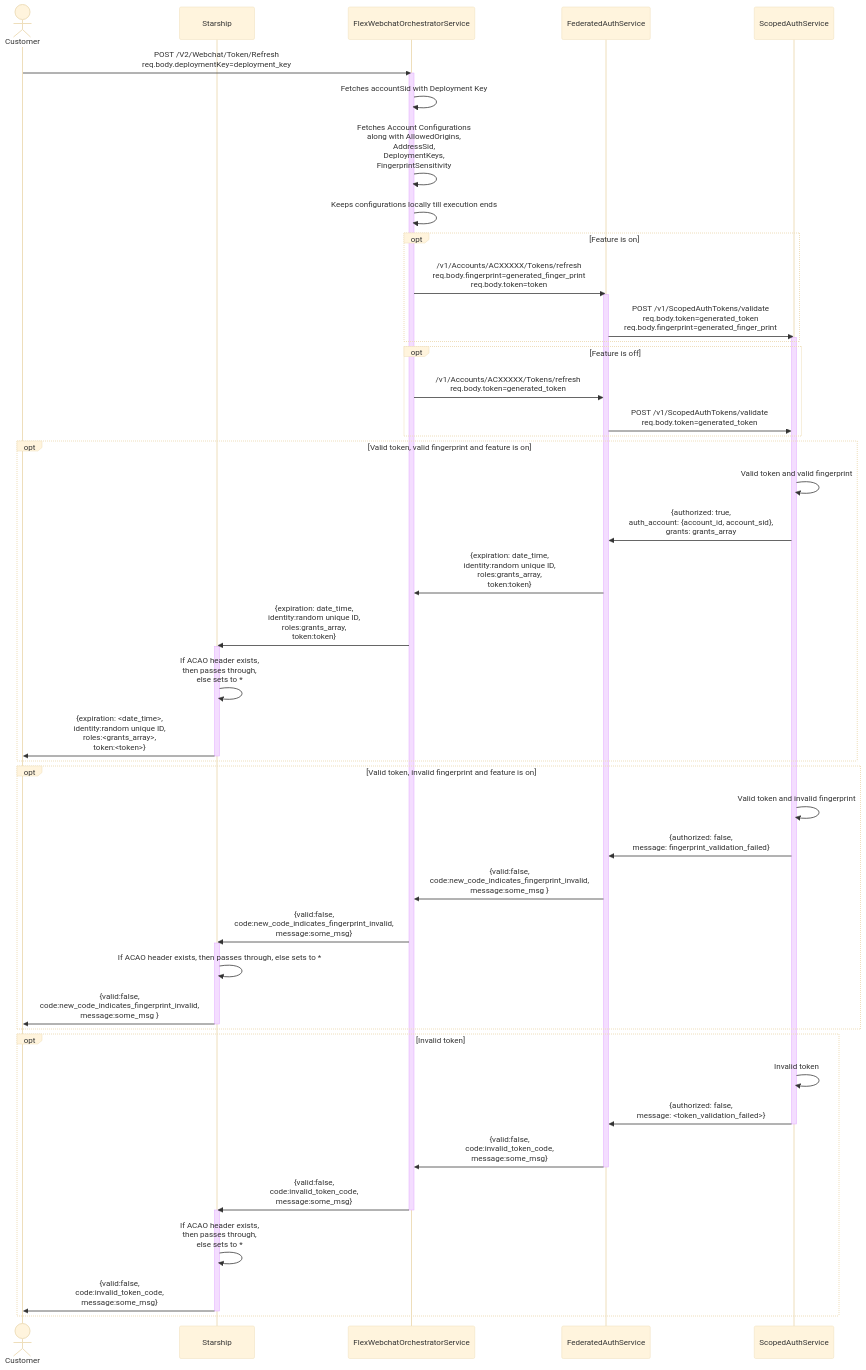
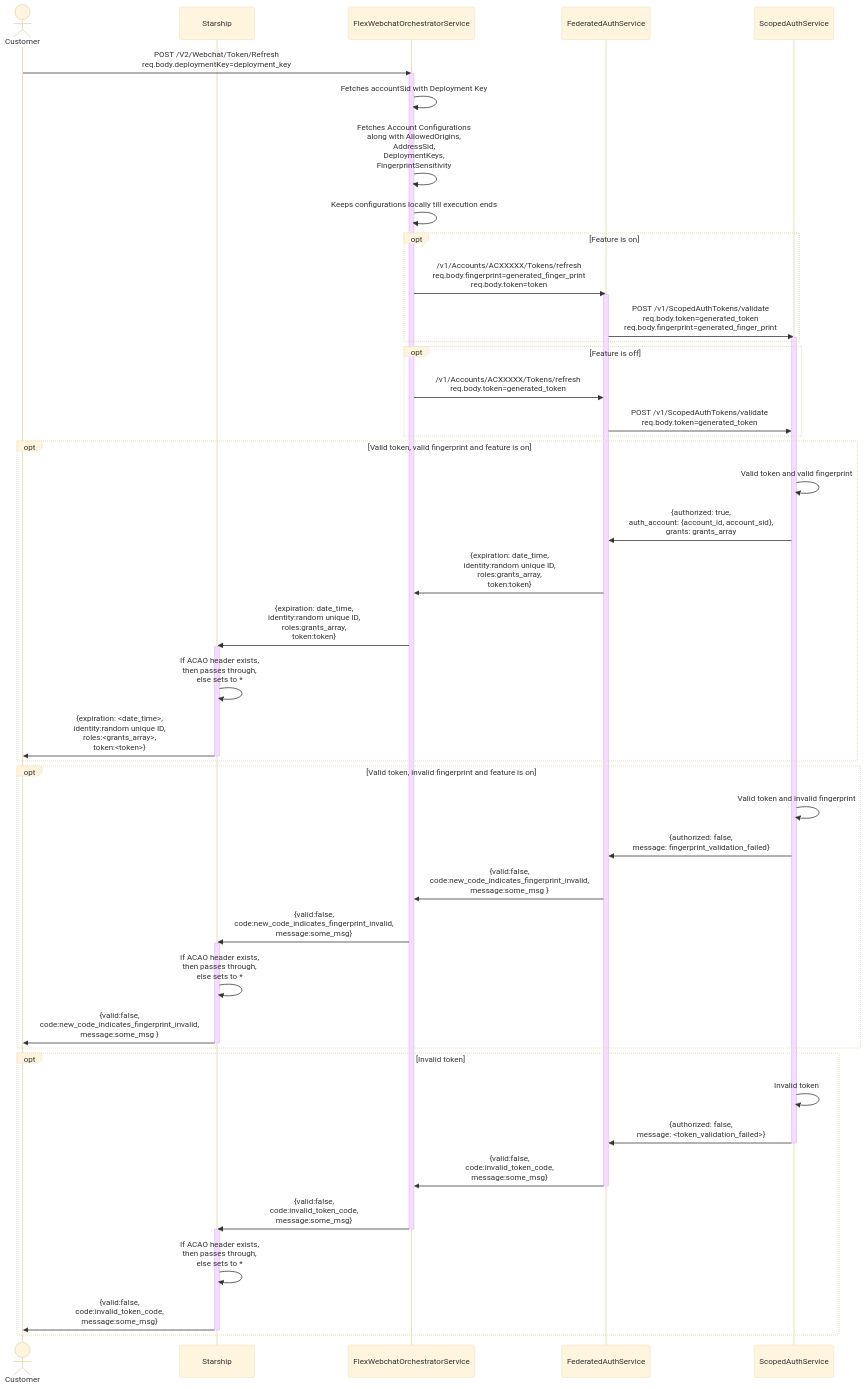
Before and after one commit to twilio/twilio-webchat-react-app: the diagram in seq_webchat_refresh_token.md, drawn with Mermaid (base theme). The commit also changed 1 other file, not shown here.

````diff
--- a/seq_webchat_refresh_token.md
+++ b/seq_webchat_refresh_token.md
@@ -1,65 +1,65 @@
 ```mermaid
 %% Webchat Refresh Token
 sequenceDiagram
 
 actor C as Customer
 participant S as Starship
 participant FWO as FlexWebchatOrchestratorService
 participant FAS as FederatedAuthService
 participant SAS as ScopedAuthService
 
 C ->> FWO : POST /V2/Webchat/Token/Refresh <br/>req.body.deploymentKey=deployment_key
 activate FWO
 FWO ->> FWO : Fetches accountSid with Deployment Key
 FWO ->> FWO : Fetches Account Configurations <br/>along with AllowedOrigins, <br/>AddressSid, <br/>DeploymentKeys, <br/>FingerprintSensitivity
 FWO ->> FWO : Keeps configurations locally till execution ends
 
 opt Feature is on
     FWO ->> FAS : /v1/Accounts/ACXXXXX/Tokens/refresh <br/>req.body.fingerprint=generated_finger_print <br/>req.body.token=token
     activate FAS
     FAS ->> SAS : POST /v1/ScopedAuthTokens/validate <br/>req.body.token=generated_token <br/>req.body.fingerprint=generated_finger_print
     activate SAS
 end
 
 opt Feature is off
     FWO ->> FAS : /v1/Accounts/ACXXXXX/Tokens/refresh <br/>req.body.token=generated_token
     FAS ->> SAS : POST /v1/ScopedAuthTokens/validate <br/>req.body.token=generated_token
 end
 
 opt Valid token, valid fingerprint and feature is on
     SAS ->> SAS: Valid token and valid fingerprint
     SAS ->> FAS : {authorized: true, <br/>auth_account: {account_id, account_sid}, <br/>grants: grants_array
     FAS ->> FWO : {expiration: date_time,<br/>identity:random unique ID, <br/>roles:grants_array,<br/>token:token}
     FWO ->> S : {expiration: date_time,<br/>identity:random unique ID, <br/>roles:grants_array,<br/>token:token}
     activate S
     S ->> S : If ACAO header exists, <br/>then passes through,  <br/>else sets to *
     S ->> C : {expiration: <date_time>,<br/>identity:random unique ID, <br/>roles:<grants_array>,<br/>token:<token>}
     deactivate S
 end
 
 opt Valid token, invalid fingerprint and feature is on
     SAS ->> SAS: Valid token and invalid fingerprint
     SAS ->> FAS : {authorized: false, <br/>message: fingerprint_validation_failed}
     FAS ->> FWO : {valid:false, <br/>code:new_code_indicates_fingerprint_invalid, <br/>message:some_msg }
     FWO ->> S : {valid:false, <br/>code:new_code_indicates_fingerprint_invalid, <br/>message:some_msg}
     activate S
-    S ->> S : If ACAO header exists, then passes through, else sets to *
+    S ->> S : If ACAO header exists, <br/>then passes through, <br/>else sets to *
     S ->> C : {valid:false, <br/>code:new_code_indicates_fingerprint_invalid, <br/>message:some_msg }
     deactivate S
 end
 
 opt Invalid token
     SAS ->> SAS: Invalid token
     SAS ->> FAS : {authorized: false, <br/>message: <token_validation_failed>}
     deactivate SAS
     FAS ->> FWO : {valid:false, <br/>code:invalid_token_code, <br/>message:some_msg}
     deactivate FAS
     FWO ->> S : {valid:false, <br/>code:invalid_token_code, <br/>message:some_msg}
     deactivate FWO
     activate S
     S ->> S : If ACAO header exists, <br/>then passes through, <br/>else sets to *
     S ->> C : {valid:false, <br/>code:invalid_token_code, <br/>message:some_msg}
     deactivate S
 end
 
 ```
````
